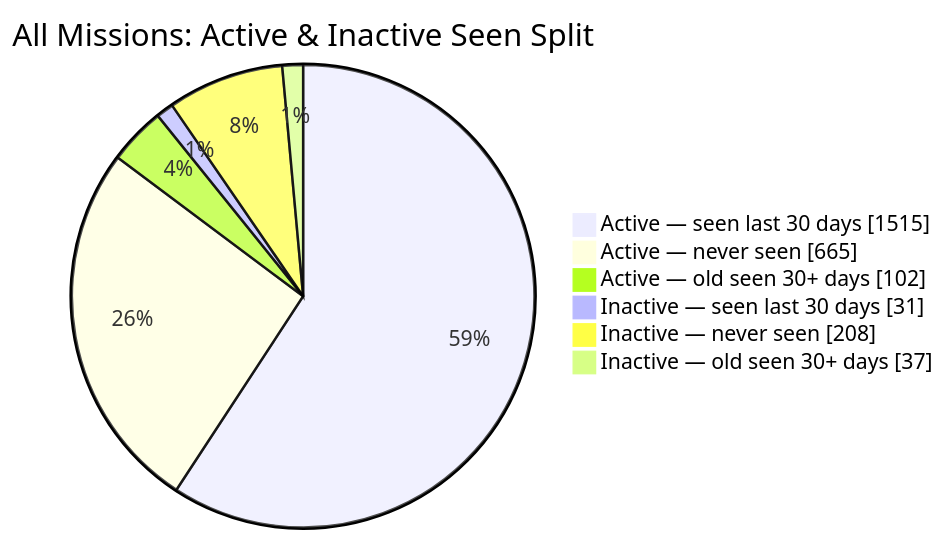
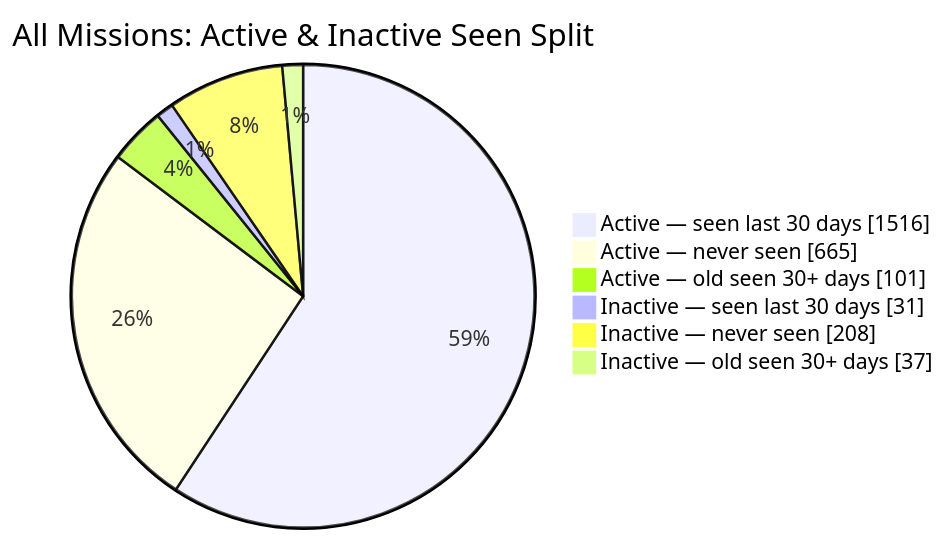
The second of 2 diagrams in README.md (MeldkamerspelGameTeam/active-missions), drawn with Mermaid before and after one commit. The commit also changed other lines of this file and 2 other files, not shown here.

````diff
--- a/README.md
+++ b/README.md
@@ -44,10 +44,10 @@
 ```mermaid
 pie showData
     title All Missions: Active & Inactive Seen Split
-    "Active — seen last 30 days" : 1515
+    "Active — seen last 30 days" : 1516
     "Active — never seen" : 665
-    "Active — old seen 30+ days" : 102
+    "Active — old seen 30+ days" : 101
     "Inactive — seen last 30 days" : 31
     "Inactive — never seen" : 208
     "Inactive — old seen 30+ days" : 37
 ```
````
